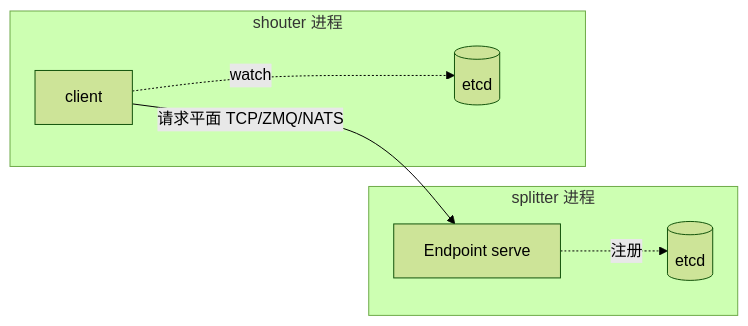
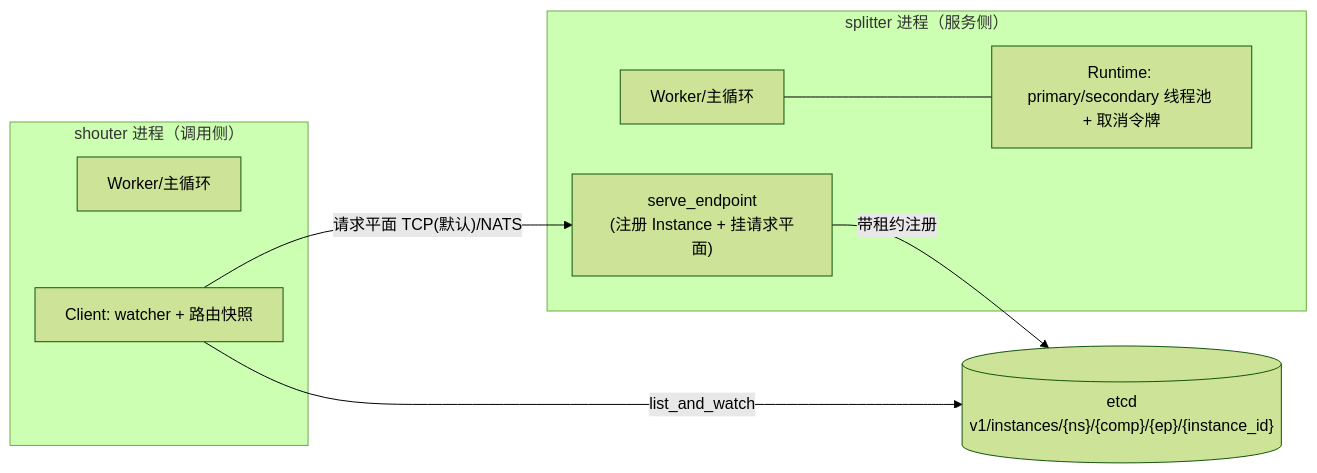
One commit to coderchem/dynamo-learning-book changed the diagram in 02-core/ch06-runtime-components.md. Above: the diagram before and after it, drawn with Mermaid (forest theme). The commit also changed other lines of this file, not shown here.

````diff
--- a/02-core/ch06-runtime-components.md
+++ b/02-core/ch06-runtime-components.md
@@ -120,10 +196,15 @@
 ```mermaid
 flowchart LR
-    subgraph ProcA["splitter 进程"]
-        EP1[Endpoint serve] -. 注册 .-> ETCD[(etcd)]
+    subgraph ProcA["splitter 进程（服务侧）"]
+        W1["Worker/主循环"] --- RT1["Runtime: primary/secondary 线程池 + 取消令牌"]
+        EP1["serve_endpoint\n(注册 Instance + 挂请求平面)"]
     end
-    subgraph ProcB["shouter 进程"]
-        C1[client] -. watch .-> ETDC2[(etcd)]
-        C1 -->|"请求平面 TCP/ZMQ/NATS"| EP1
+    subgraph ProcB["shouter 进程（调用侧）"]
+        W2["Worker/主循环"]
+        C1["Client: watcher + 路由快照"]
     end
+    ETCD[("etcd\nv1/instances/{ns}/{comp}/{ep}/{instance_id}")]
+    EP1 -- "带租约注册" --> ETCD
+    C1 -- "list_and_watch" --> ETCD
+    C1 -- "请求平面 TCP(默认)/NATS" --> EP1
 ```
````
